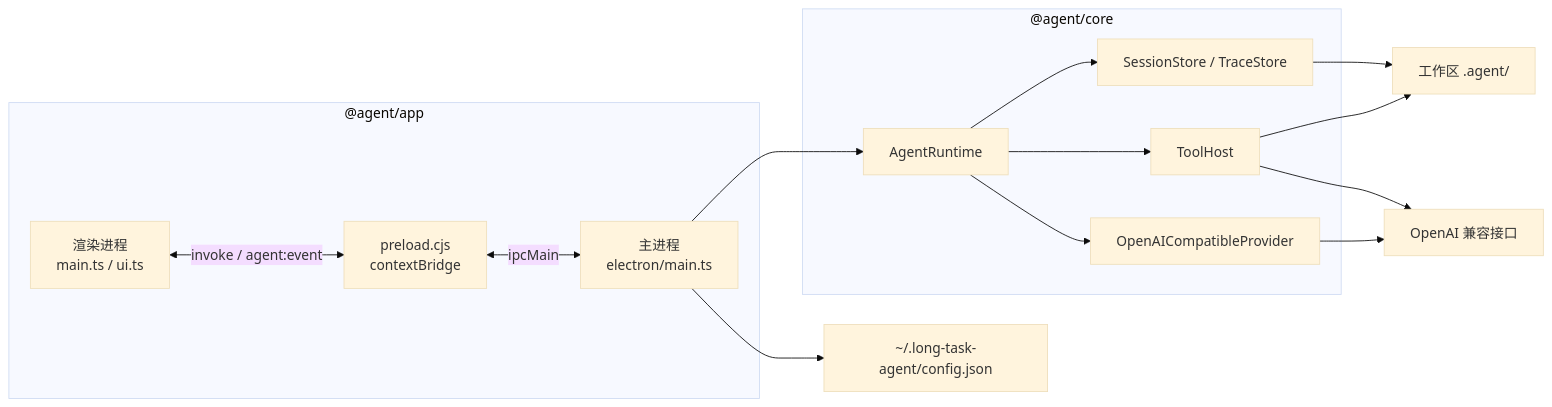
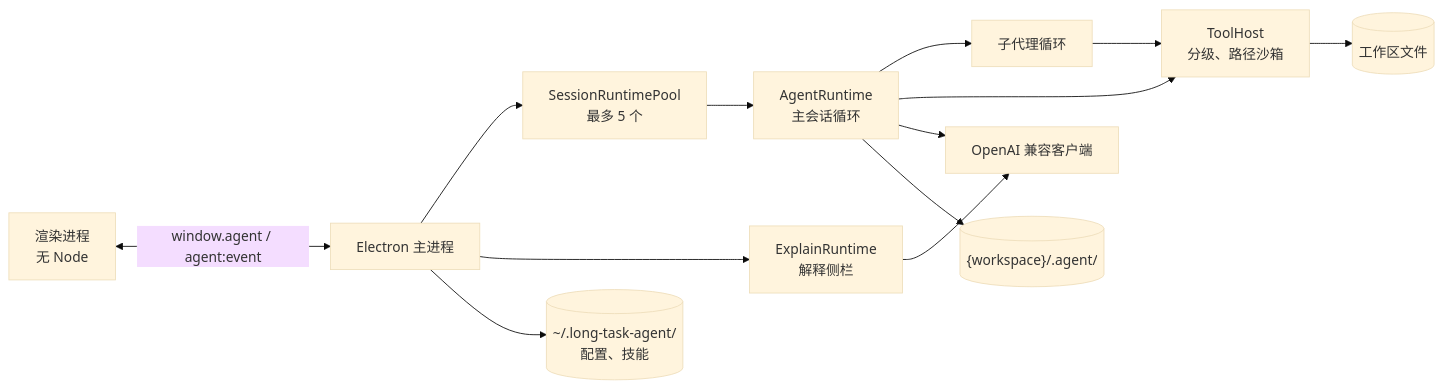
The diagram in README.md (chenshiqin66/long-task-desktop-agent), drawn with Mermaid (base theme) before and after one commit. The commit also changed other lines of this file and 49 other files, not shown here.

````diff
--- a/README.md
+++ b/README.md
@@ -11,29 +92,15 @@
 ```mermaid
 flowchart LR
-  subgraph app ["@agent/app"]
-    renderer["渲染进程<br/>main.ts / ui.ts"]
-    preload["preload.cjs<br/>contextBridge"]
-    main["主进程<br/>electron/main.ts"]
-  end
-  subgraph core ["@agent/core"]
-    runtime["AgentRuntime"]
-    store["SessionStore / TraceStore"]
-    tools["ToolHost"]
-    provider["OpenAICompatibleProvider"]
-  end
-  disk["工作区 .agent/"]
-  cfg["~/.long-task-agent/config.json"]
-  llm["OpenAI 兼容接口"]
-
-  renderer <-->|"invoke / agent:event"| preload
-  preload <-->|"ipcMain"| main
-  main --> runtime
-  main --> cfg
-  runtime --> store
-  runtime --> tools
-  runtime --> provider
-  store --> disk
-  provider --> llm
-  tools --> disk
-  tools --> llm
+  renderer["渲染进程<br/>无 Node"] <-->|"window.agent / agent:event"| main["Electron 主进程"]
+  main --> pool["SessionRuntimePool<br/>最多 5 个"]
+  pool --> runtime["AgentRuntime<br/>主会话循环"]
+  main --> explain["ExplainRuntime<br/>解释侧栏"]
+  main --> home[("~/.long-task-agent/<br/>配置、技能")]
+  runtime --> sub["子代理循环"]
+  runtime --> tools["ToolHost<br/>分级、路径沙箱"]
+  sub --> tools
+  runtime --> provider["OpenAI 兼容客户端"]
+  explain --> provider
+  runtime --> agentdir[("{workspace}/.agent/")]
+  tools --> ws[("工作区文件")]
 ```
````
